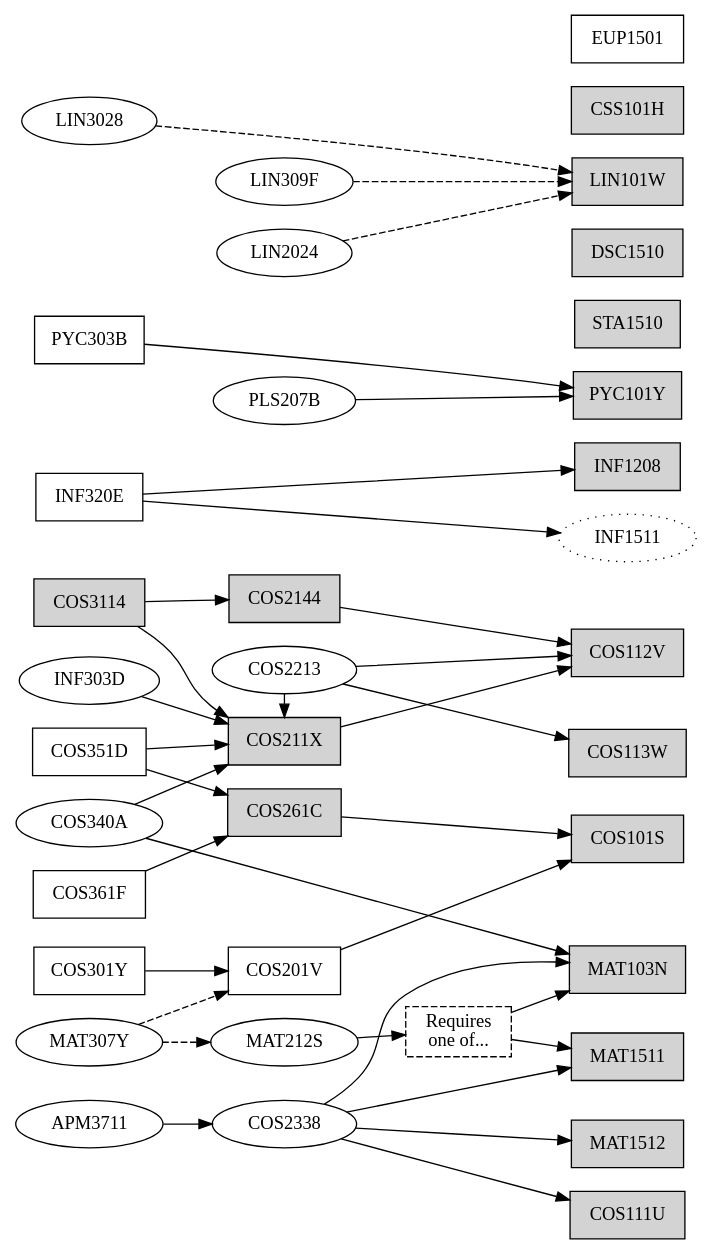
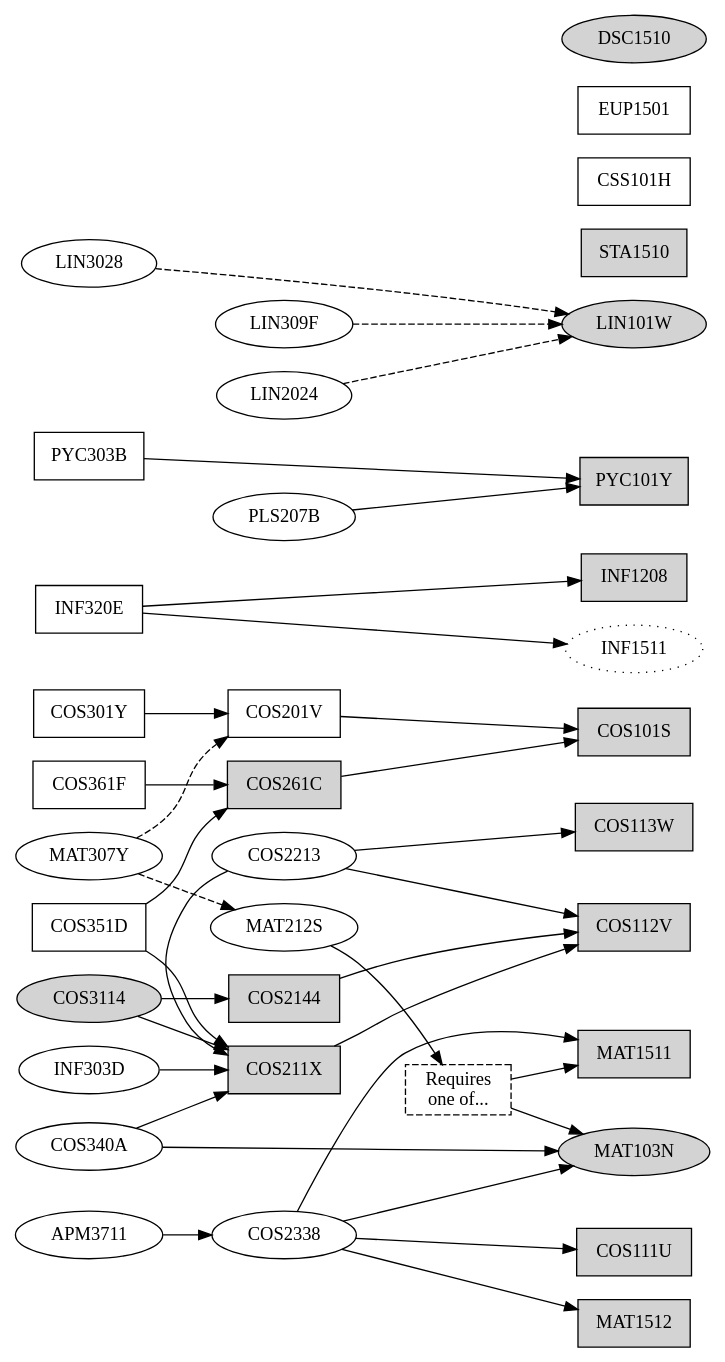
One commit to apauley/unisa-module-graph changed the diagram in ComputationalIntelligence.dot. Above: the diagram before and after it, drawn with Graphviz.

Commit message:
Fill some more completed modules

```diff
--- a/ComputationalIntelligence.dot
+++ b/ComputationalIntelligence.dot
@@ -1,59 +1,57 @@
 digraph ComputationalIntelligence {
     node [shape=box];
     rankdir=LR;
 
-    // Completed modules
-    {node [style=filled];
-    COS111U COS112V COS113W MAT1511 MAT1512 COS101S
-    INF1208 PYC101Y STA1510 MAT103N DSC1510 LIN101W
-    COS211X COS261C COS2144 COS3114}
-
     {rank=same; COS301Y INF320E COS351D COS361F PYC303B}
     {rank=same; node [shape=ellipse];
-    COS3114 APM3711 MAT307Y INF303D LIN3028 COS340A}
+    COS3114 [style=filled]
+    APM3711 MAT307Y INF303D LIN3028 COS340A}
 
-    {rank=same; COS201V COS211X COS261C COS2144}
+    {rank=same;
+    COS201V
+    {node [style=filled]; COS211X COS261C COS2144}}
+
     {rank=same; node [shape=ellipse];
     COS2213 COS2338 MAT212S LIN309F LIN2024 PLS207B}
 
     {rank=same;
         {node [style=filled];
               COS101S COS112V COS113W INF1208 MAT1511 MAT1512
-              PYC101Y COS111U CSS101H STA1510}
-        EUP1501}
+              PYC101Y COS111U STA1510}
+        CSS101H EUP1501}
 
     {rank=same; node [shape=ellipse];
         INF1511 [style=dotted]
         {node [style=filled];
               MAT103N DSC1510 LIN101W}}
 
     COS301Y -> {COS201V}
     INF320E -> {INF1208 INF1511}
     COS351D -> {COS211X COS261C}
     COS361F -> {COS261C}
     PYC303B -> {PYC101Y}
 
     COS3114 -> {COS211X COS2144}
     APM3711 -> {COS2338}
     MAT307Y -> {MAT212S COS201V} [style=dashed]
     INF303D -> {COS211X}
     LIN3028 -> {LIN101W} [style=dashed]
     COS340A -> {COS211X MAT103N}
 
 
     COS201V -> {COS101S}
     COS211X -> {COS112V}
     COS261C -> {COS101S}
     COS2144 -> {COS112V}
 
     {rank=same; COS2213 COS211X}
     COS2213 -> {COS112V COS113W}
     COS2213 -> {COS211X}
     COS2338 -> {COS111U MAT103N MAT1511 MAT1512}
     MAT103OR151 [label="Requires\none of...", style=dashed];
     MAT212S -> {MAT103OR151}
     MAT103OR151 -> {MAT103N MAT1511}
     LIN309F -> {LIN101W} [style=dashed]
     LIN2024 -> {LIN101W} [style=dashed]
     PLS207B -> {PYC101Y}
 }
```
